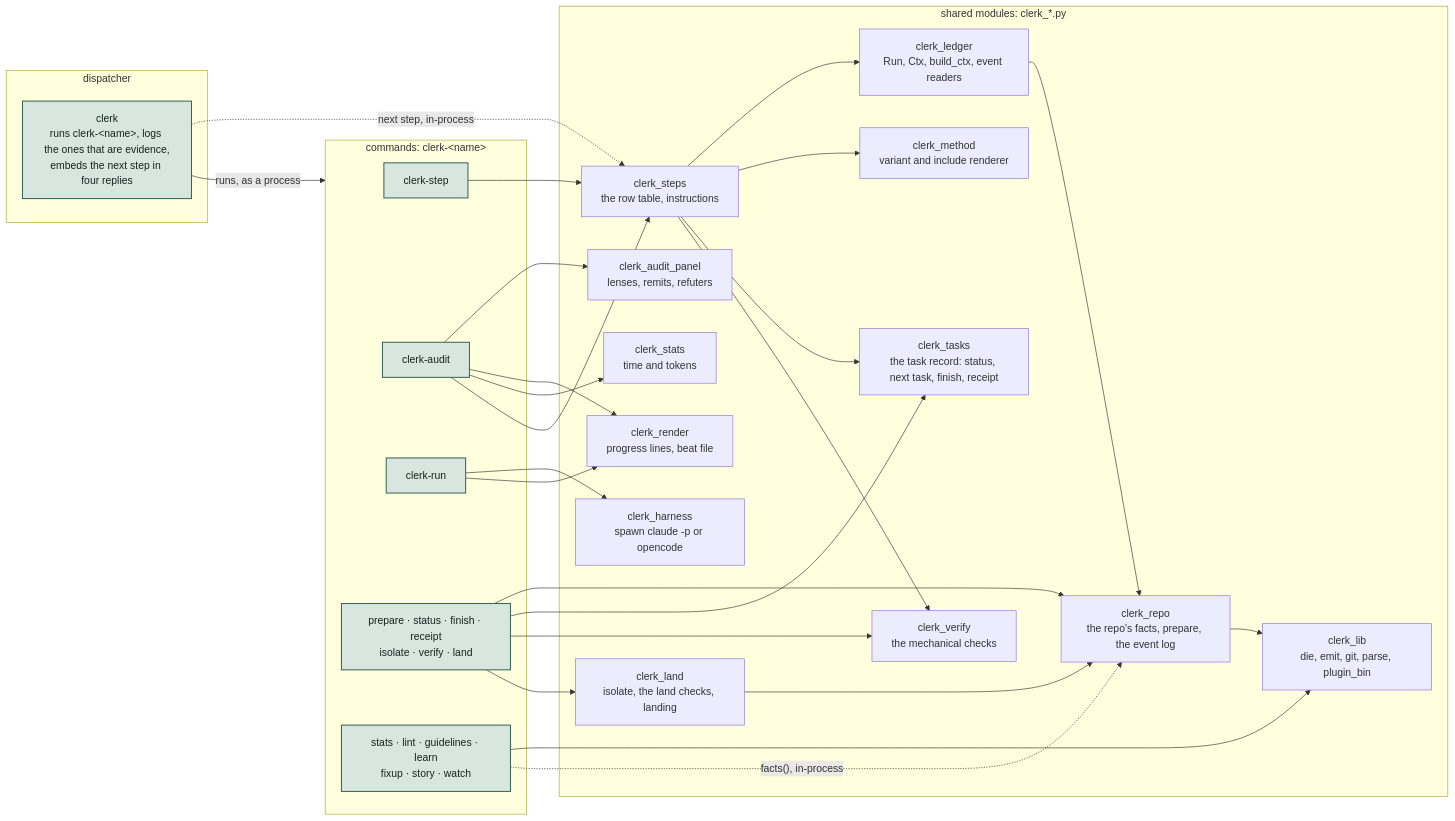
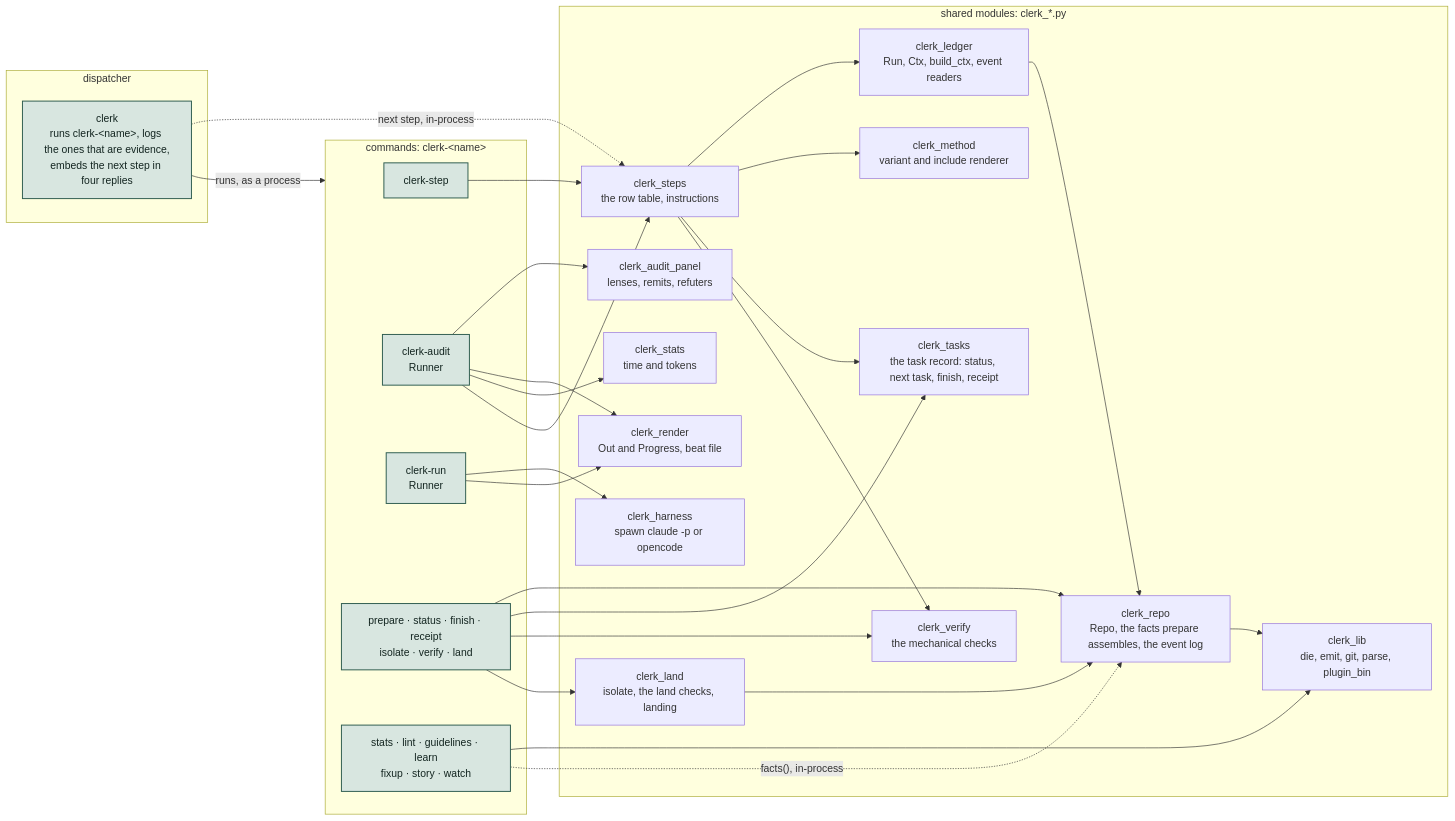
Before and after one commit to hpcsc/dotfiles: the seventh of 11 diagrams in docs/clerk-structure.md, drawn with Mermaid. The commit also changed other lines of this file, not shown here.

First line of the commit message:
Name the types a change to clerk has to keep

````diff
--- a/docs/clerk-structure.md
+++ b/docs/clerk-structure.md
@@ -222,50 +222,50 @@
 ```mermaid
 flowchart LR
   subgraph D["dispatcher"]
     core["clerk<br/>runs clerk-&lt;name&gt;, logs the ones that are evidence,<br/>embeds the next step in four replies"]
   end
   subgraph P["commands: clerk-&lt;name&gt;"]
     step["clerk-step"]
-    audit["clerk-audit"]
-    runp["clerk-run"]
+    audit["clerk-audit<br/>Runner"]
+    runp["clerk-run<br/>Runner"]
     mech["prepare · status · finish · receipt<br/>isolate · verify · land"]
     others["stats · lint · guidelines · learn<br/>fixup · story · watch"]
   end
   subgraph S["shared modules: clerk_*.py"]
     lib["clerk_lib<br/>die, emit, git, parse, plugin_bin"]
-    repo["clerk_repo<br/>the repo's facts, prepare, the event log"]
+    repo["clerk_repo<br/>Repo, the facts prepare assembles, the event log"]
     tasks["clerk_tasks<br/>the task record: status, next task, finish, receipt"]
     verify["clerk_verify<br/>the mechanical checks"]
     landm["clerk_land<br/>isolate, the land checks, landing"]
     ledger["clerk_ledger<br/>Run, Ctx, build_ctx, event readers"]
     steps["clerk_steps<br/>the row table, instructions"]
     method["clerk_method<br/>variant and include renderer"]
     panel["clerk_audit_panel<br/>lenses, remits, refuters"]
     harness["clerk_harness<br/>spawn claude -p or opencode"]
-    render["clerk_render<br/>progress lines, beat file"]
+    render["clerk_render<br/>Out and Progress, beat file"]
     st["clerk_stats<br/>time and tokens"]
   end
   core -->|"runs, as a process"| P
   core -.->|"next step, in-process"| steps
   step --> steps --> ledger --> repo --> lib
   steps --> method
   steps --> tasks
   steps --> verify
   mech --> repo
   mech --> tasks
   mech --> verify
   mech --> landm --> repo
   audit --> panel
   audit --> render
   audit --> st
   audit --> steps
   runp --> harness
   runp --> render
   others --> lib
   others -.->|"facts(), in-process"| repo
   classDef clerk fill:#D8E6E0,stroke:#2F5D50,stroke-width:1.5px,color:#132520
   classDef you fill:#F2DFD3,stroke:#A8501E,stroke-width:1.5px,color:#3A1A08
   classDef plain fill:#EEF0EC,stroke:#5C645F,stroke-width:1px,color:#1B1F1D
   classDef file fill:#FFFFFF,stroke:#9AA39D,stroke-width:1px,color:#1B1F1D
   class core,step,audit,runp,mech,others clerk
 ```
````
